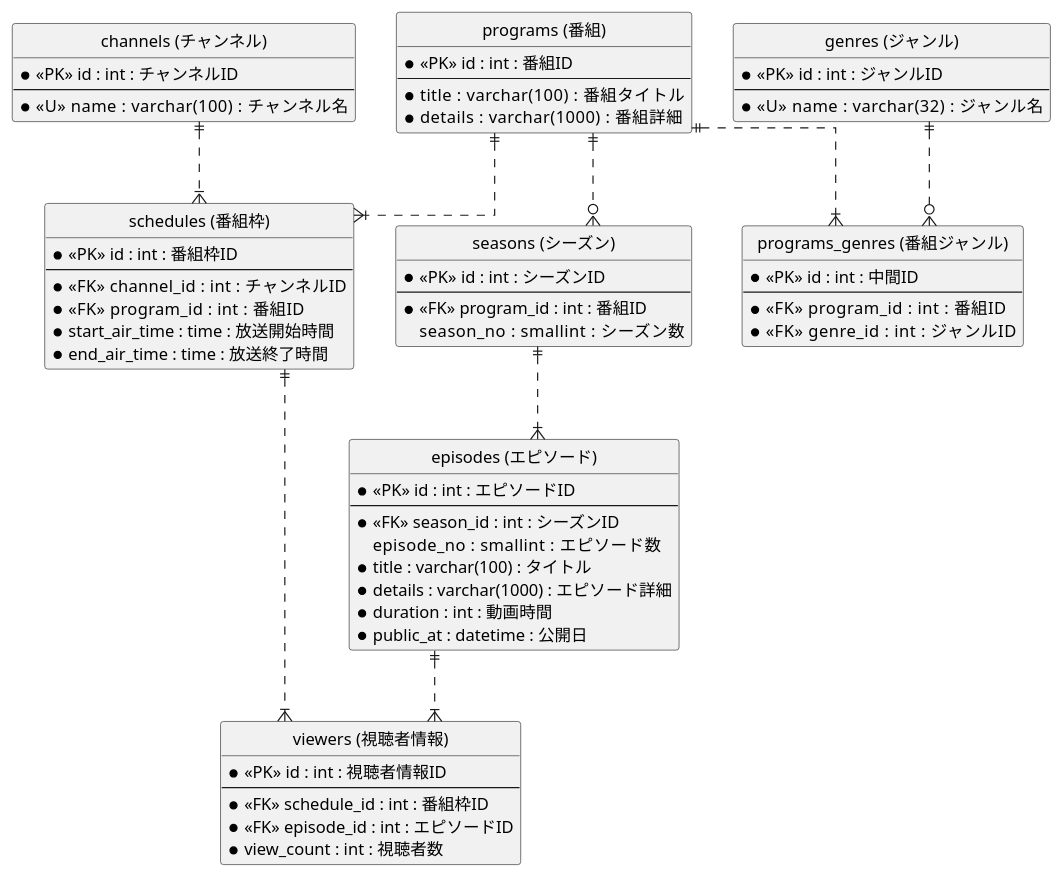
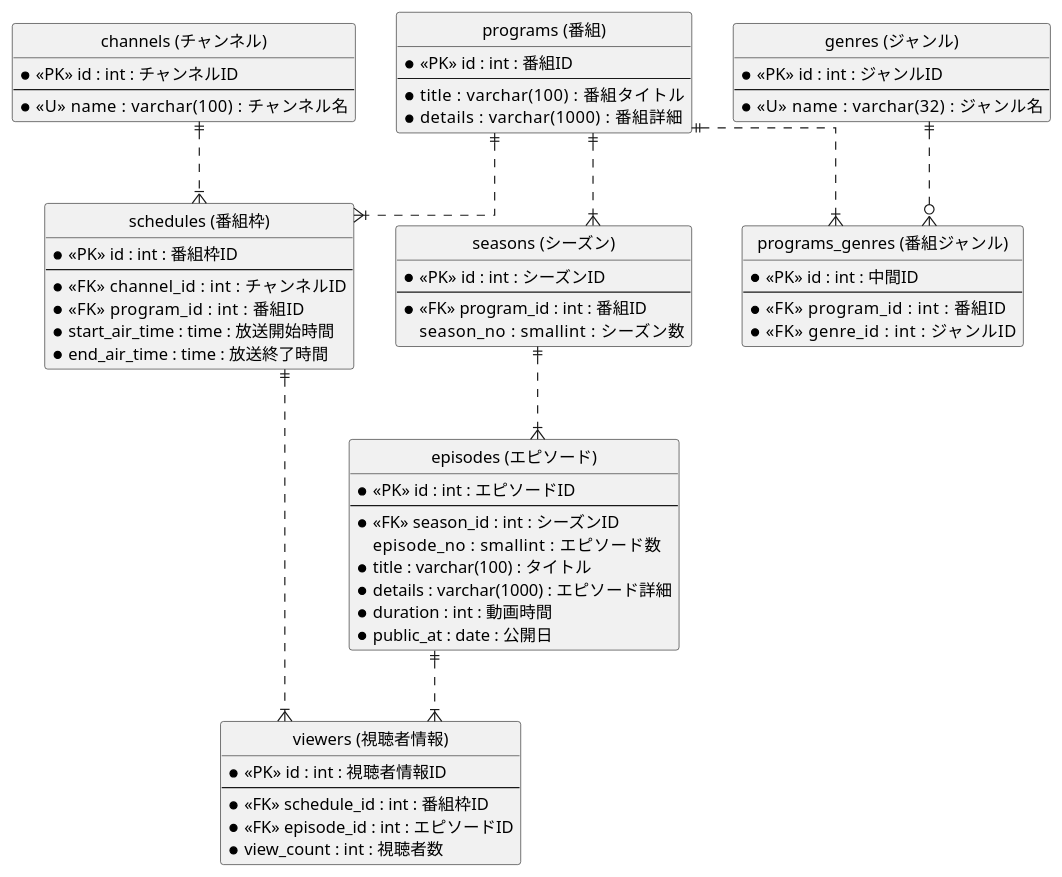
Before and after one commit to hellonagi/internet-tv: the diagram in er_diagram.pu, drawn with PlantUML. The commit also changed 2 other files, not shown here.

```diff
--- a/er_diagram.pu
+++ b/er_diagram.pu
@@ -1,76 +1,76 @@
 @startuml ec
  skinparam linetype ortho
  hide circle
 
 entity "channels (チャンネル)" as channels {
   * <<PK>> id : int : チャンネルID
   --
   * <<U>> name : varchar(100)    : チャンネル名
 }
 
 entity "programs (番組)" as programs {
   * <<PK>> id : int : 番組ID
   --
   * title : varchar(100)    : 番組タイトル
   * details : varchar(1000)    : 番組詳細
 }
 
 entity "schedules (番組枠)" as schedules {
   * <<PK>> id : int : 番組枠ID
   --
   * <<FK>> channel_id : int   : チャンネルID
   * <<FK>> program_id : int   : 番組ID
   * start_air_time : time : 放送開始時間
   * end_air_time : time : 放送終了時間
 }
 
 entity "seasons (シーズン)" as seasons {
   * <<PK>> id : int : シーズンID
   --
   * <<FK>> program_id : int : 番組ID
     season_no : smallint    : シーズン数
 }
 
 
 entity "episodes (エピソード)" as episodes {
   * <<PK>> id : int : エピソードID
   --
   * <<FK>> season_id : int : シーズンID
     episode_no : smallint    : エピソード数
   * title : varchar(100) : タイトル
   * details : varchar(1000) : エピソード詳細
   * duration : int : 動画時間
-  * public_at : datetime : 公開日
+  * public_at : date : 公開日
 }
 
 entity "viewers (視聴者情報)" as viewers {
   * <<PK>> id : int : 視聴者情報ID
   --
   * <<FK>> schedule_id : int : 番組枠ID
   * <<FK>> episode_id : int : エピソードID
   * view_count : int : 視聴者数
 }
 
 entity "genres (ジャンル)" as genres {
   * <<PK>> id : int : ジャンルID
   --
   * <<U>> name : varchar(32)    : ジャンル名
 }
 
 entity "programs_genres (番組ジャンル)" as programs_genres {
   * <<PK>> id : int : 中間ID 
   --
   * <<FK>> program_id : int    : 番組ID
   * <<FK>> genre_id : int    : ジャンルID
 }
 
 channels ||..|{ schedules
 programs ||..|{ schedules
 programs ||..|{ programs_genres
 genres ||..o{ programs_genres
-programs ||..o{ seasons
+programs ||..|{ seasons
 seasons ||..|{ episodes
 schedules ||..|{ viewers
 episodes ||..|{ viewers
 
 @enduml
```
